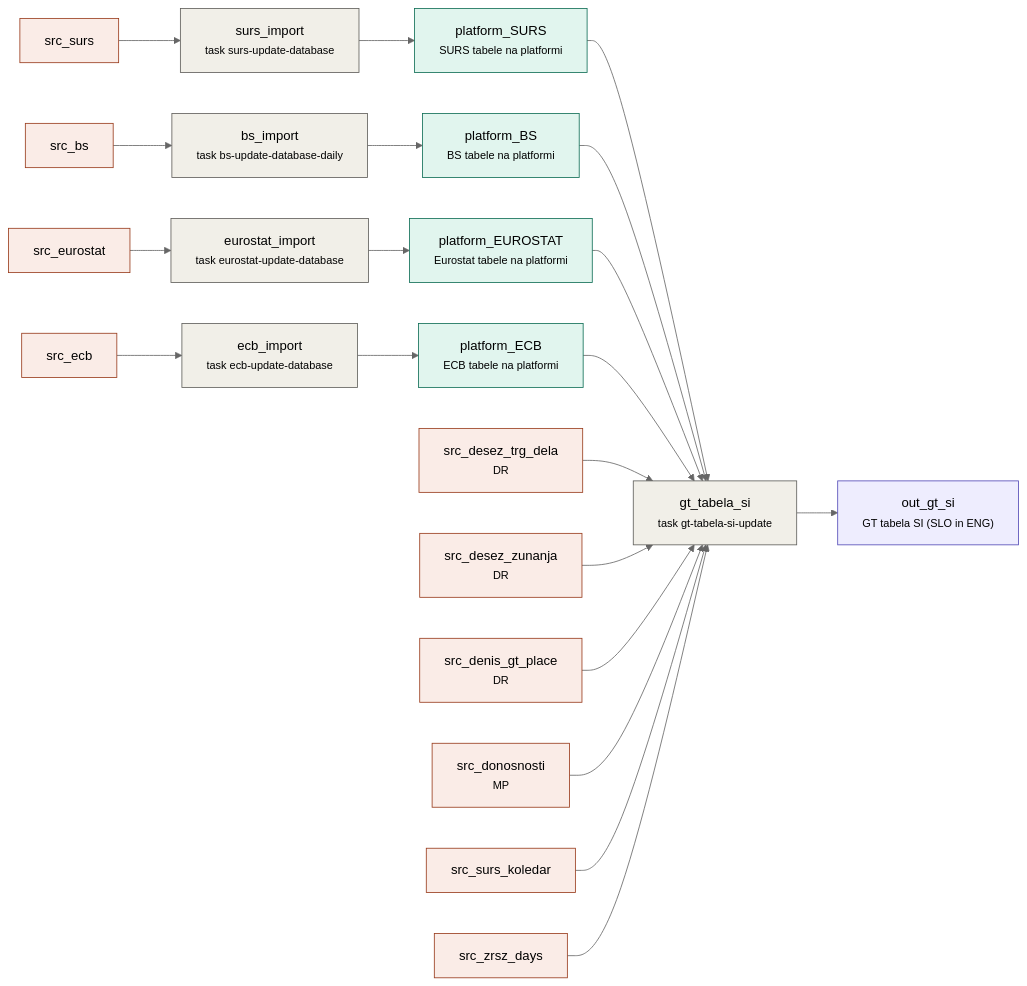
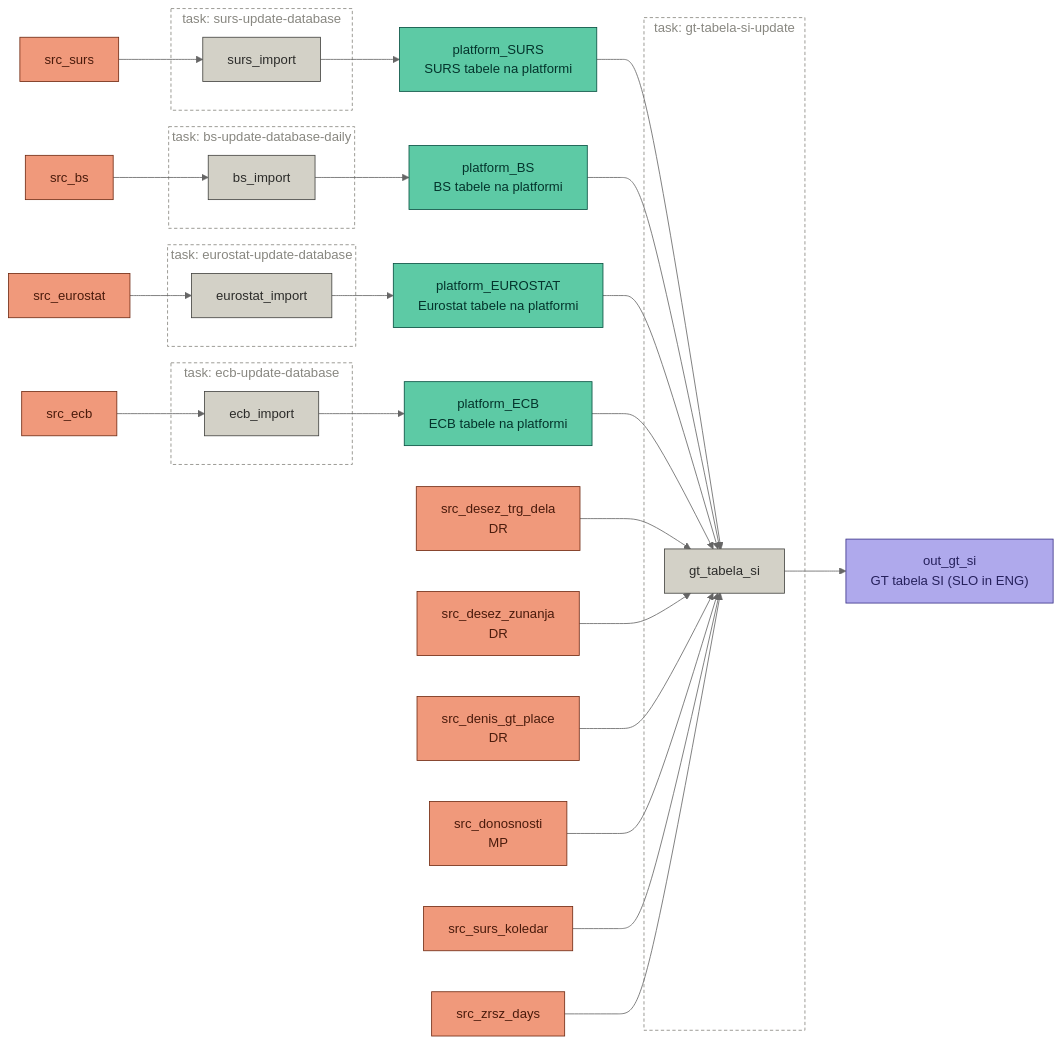
One commit to majazaloznik/umar-automation-scripts changed the diagram in docs/pipelines/output-out_gt_si.md. Above: the diagram before and after it, drawn with Mermaid (neutral theme). The commit also changed 31 other files, not shown here.

Commit message:
Update mermaid plots in pipelines

````diff
--- a/docs/pipelines/output-out_gt_si.md
+++ b/docs/pipelines/output-out_gt_si.md
@@ -9,46 +9,61 @@
 ```mermaid
 flowchart LR
-  src_surs["src_surs<br/><small></small>"]:::source
-  src_bs["src_bs<br/><small></small>"]:::source
-  src_eurostat["src_eurostat<br/><small></small>"]:::source
-  src_ecb["src_ecb<br/><small></small>"]:::source
-  src_desez_trg_dela["src_desez_trg_dela<br/><small>DR</small>"]:::source
-  src_desez_zunanja["src_desez_zunanja<br/><small>DR</small>"]:::source
-  src_denis_gt_place["src_denis_gt_place<br/><small>DR</small>"]:::source
-  src_donosnosti["src_donosnosti<br/><small>MP</small>"]:::source
-  src_surs_koledar["src_surs_koledar<br/><small></small>"]:::source
-  src_zrsz_days["src_zrsz_days<br/><small></small>"]:::source
-  platform_SURS["platform_SURS<br/><small>SURS tabele na platformi</small>"]:::store
-  platform_BS["platform_BS<br/><small>BS tabele na platformi</small>"]:::store
-  platform_EUROSTAT["platform_EUROSTAT<br/><small>Eurostat tabele na platformi</small>"]:::store
-  platform_ECB["platform_ECB<br/><small>ECB tabele na platformi</small>"]:::store
-  out_gt_si["out_gt_si<br/><small>GT tabela SI (SLO in ENG)</small>"]:::output
-  bs_import["bs_import<br/><small>task bs-update-database-daily</small>"]:::step
-  surs_import["surs_import<br/><small>task surs-update-database</small>"]:::step
-  gt_tabela_si["gt_tabela_si<br/><small>task gt-tabela-si-update</small>"]:::step
-  ecb_import["ecb_import<br/><small>task ecb-update-database</small>"]:::step
-  eurostat_import["eurostat_import<br/><small>task eurostat-update-database</small>"]:::step
+  src_surs["src_surs"]:::source
+  src_bs["src_bs"]:::source
+  src_eurostat["src_eurostat"]:::source
+  src_ecb["src_ecb"]:::source
+  src_desez_trg_dela["src_desez_trg_dela<br/>DR"]:::source
+  src_desez_zunanja["src_desez_zunanja<br/>DR"]:::source
+  src_denis_gt_place["src_denis_gt_place<br/>DR"]:::source
+  src_donosnosti["src_donosnosti<br/>MP"]:::source
+  src_surs_koledar["src_surs_koledar"]:::source
+  src_zrsz_days["src_zrsz_days"]:::source
+  platform_SURS["platform_SURS<br/>SURS tabele na platformi"]:::store
+  platform_BS["platform_BS<br/>BS tabele na platformi"]:::store
+  platform_EUROSTAT["platform_EUROSTAT<br/>Eurostat tabele na platformi"]:::store
+  platform_ECB["platform_ECB<br/>ECB tabele na platformi"]:::store
+  out_gt_si["out_gt_si<br/>GT tabela SI (SLO in ENG)"]:::output
+  subgraph task_bs_update_database_daily["task: bs-update-database-daily"]
+    bs_import["bs_import"]:::step
+  end
+  style task_bs_update_database_daily fill:none,stroke:#888780,stroke-dasharray:4 3,color:#888780
+  subgraph task_surs_update_database["task: surs-update-database"]
+    surs_import["surs_import"]:::step
+  end
+  style task_surs_update_database fill:none,stroke:#888780,stroke-dasharray:4 3,color:#888780
+  subgraph task_gt_tabela_si_update["task: gt-tabela-si-update"]
+    gt_tabela_si["gt_tabela_si"]:::step
+  end
+  style task_gt_tabela_si_update fill:none,stroke:#888780,stroke-dasharray:4 3,color:#888780
+  subgraph task_ecb_update_database["task: ecb-update-database"]
+    ecb_import["ecb_import"]:::step
+  end
+  style task_ecb_update_database fill:none,stroke:#888780,stroke-dasharray:4 3,color:#888780
+  subgraph task_eurostat_update_database["task: eurostat-update-database"]
+    eurostat_import["eurostat_import"]:::step
+  end
+  style task_eurostat_update_database fill:none,stroke:#888780,stroke-dasharray:4 3,color:#888780
   src_bs --> bs_import
   bs_import --> platform_BS
   src_surs --> surs_import
   surs_import --> platform_SURS
   platform_SURS --> gt_tabela_si
   platform_BS --> gt_tabela_si
   platform_EUROSTAT --> gt_tabela_si
   platform_ECB --> gt_tabela_si
   src_desez_trg_dela --> gt_tabela_si
   src_desez_zunanja --> gt_tabela_si
   src_denis_gt_place --> gt_tabela_si
   src_donosnosti --> gt_tabela_si
   src_surs_koledar --> gt_tabela_si
   src_zrsz_days --> gt_tabela_si
   gt_tabela_si --> out_gt_si
   src_ecb --> ecb_import
   ecb_import --> platform_ECB
   src_eurostat --> eurostat_import
   eurostat_import --> platform_EUROSTAT
-  classDef source fill:#FAECE7,stroke:#993C1D
-  classDef step fill:#F1EFE8,stroke:#5F5E5A
-  classDef store fill:#E1F5EE,stroke:#0F6E56
-  classDef output fill:#EEEDFE,stroke:#534AB7
+  classDef source fill:#F0997B,stroke:#712B13,color:#4A1B0C,stroke-width:1px
+  classDef step fill:#D3D1C7,stroke:#444441,color:#2C2C2A,stroke-width:1px
+  classDef store fill:#5DCAA5,stroke:#085041,color:#04342C,stroke-width:1px
+  classDef output fill:#AFA9EC,stroke:#3C3489,color:#26215C,stroke-width:1px
 ```
````
